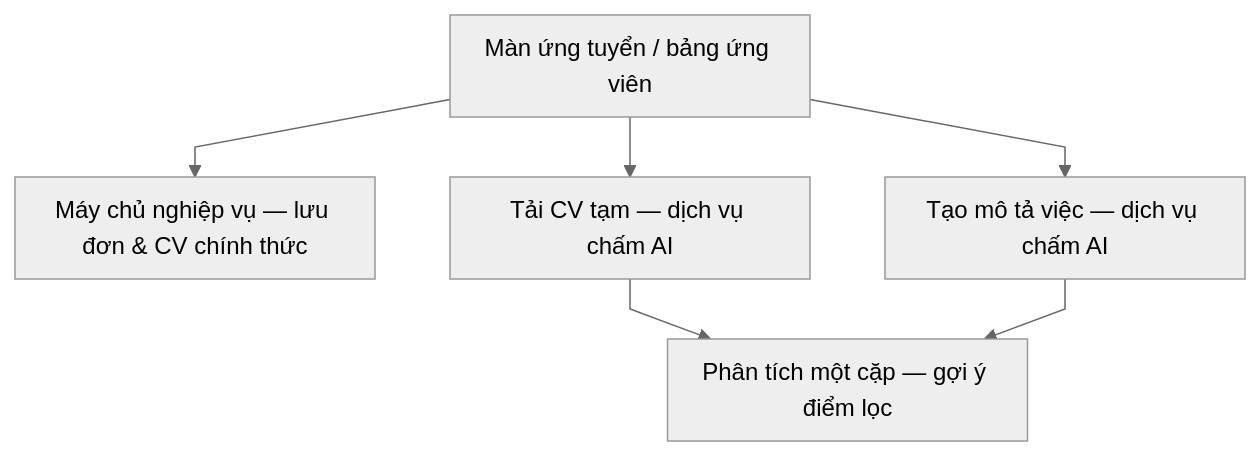
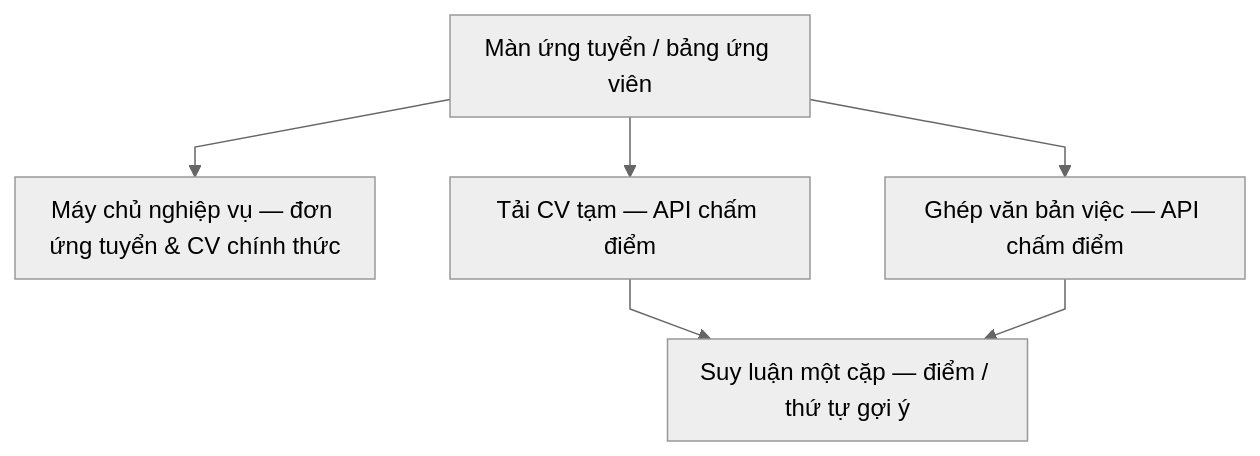
Before and after one commit to dmt041104111003/docs-nckh: the first of 4 diagrams in cv-ai-scoring.md, drawn with Mermaid (neutral theme). The commit also changed other lines of this file and 7 other files, not shown here.

````diff
--- a/cv-ai-scoring.md
+++ b/cv-ai-scoring.md
@@ -26,14 +54,14 @@
 ```mermaid
 %%{init: {"flowchart": {"curve": "linear", "padding": 10, "rankSpacing": 40}}}%%
 flowchart TB
   UI[Màn ứng tuyển / bảng ứng viên]
-  JOB[Máy chủ nghiệp vụ — lưu đơn & CV chính thức]
-  UP[Tải CV tạm — dịch vụ chấm AI]
-  JB[Tạo mô tả việc — dịch vụ chấm AI]
-  AN[Phân tích một cặp — gợi ý điểm lọc]
+  JOB[Máy chủ nghiệp vụ — đơn ứng tuyển & CV chính thức]
+  UP[Tải CV tạm — API chấm điểm]
+  JB[Ghép văn bản việc — API chấm điểm]
+  AN[Suy luận một cặp — điểm / thứ tự gợi ý]
   UI --> JOB
   UI --> UP
   UI --> JB
   UP --> AN
   JB --> AN
 ```
````
